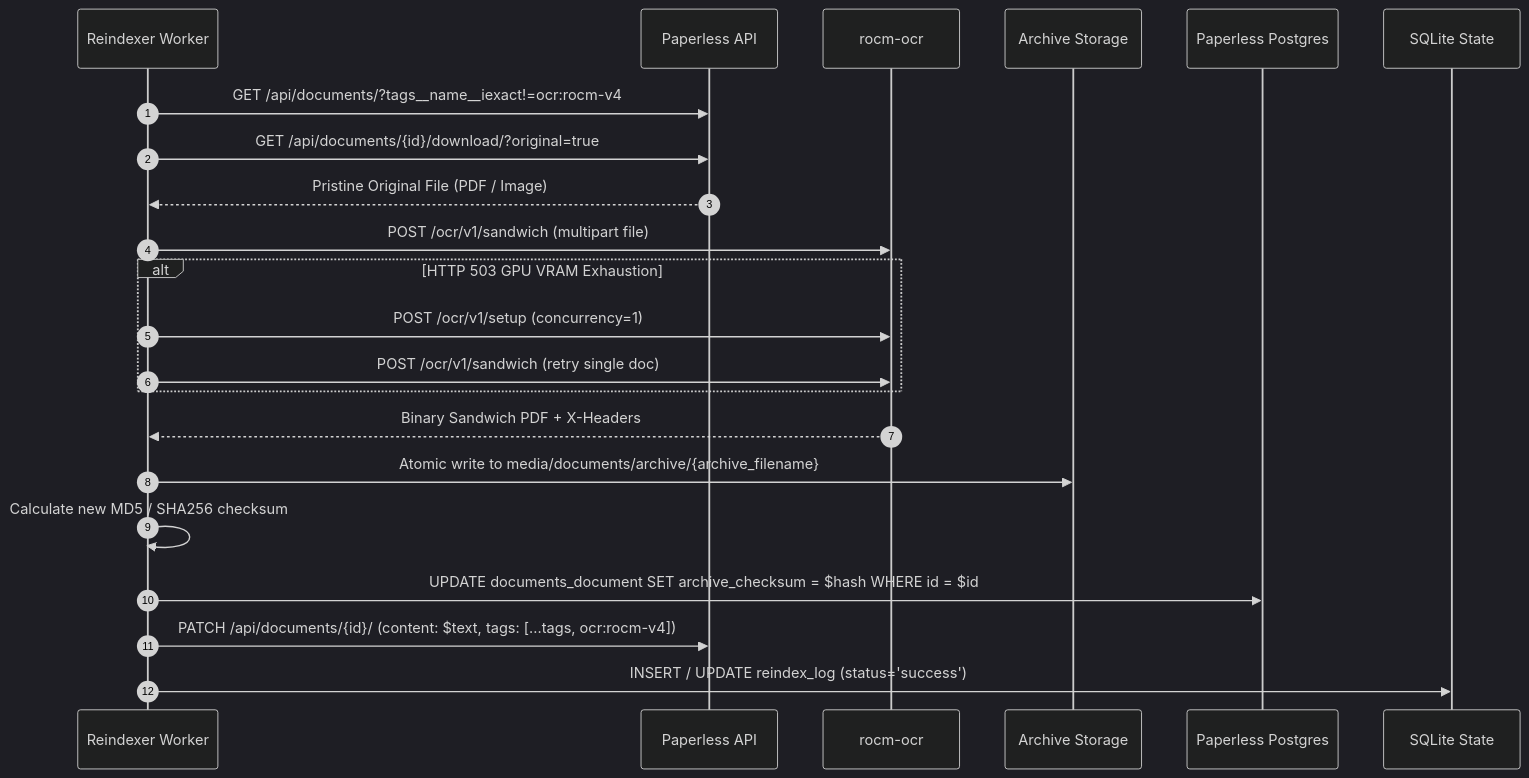
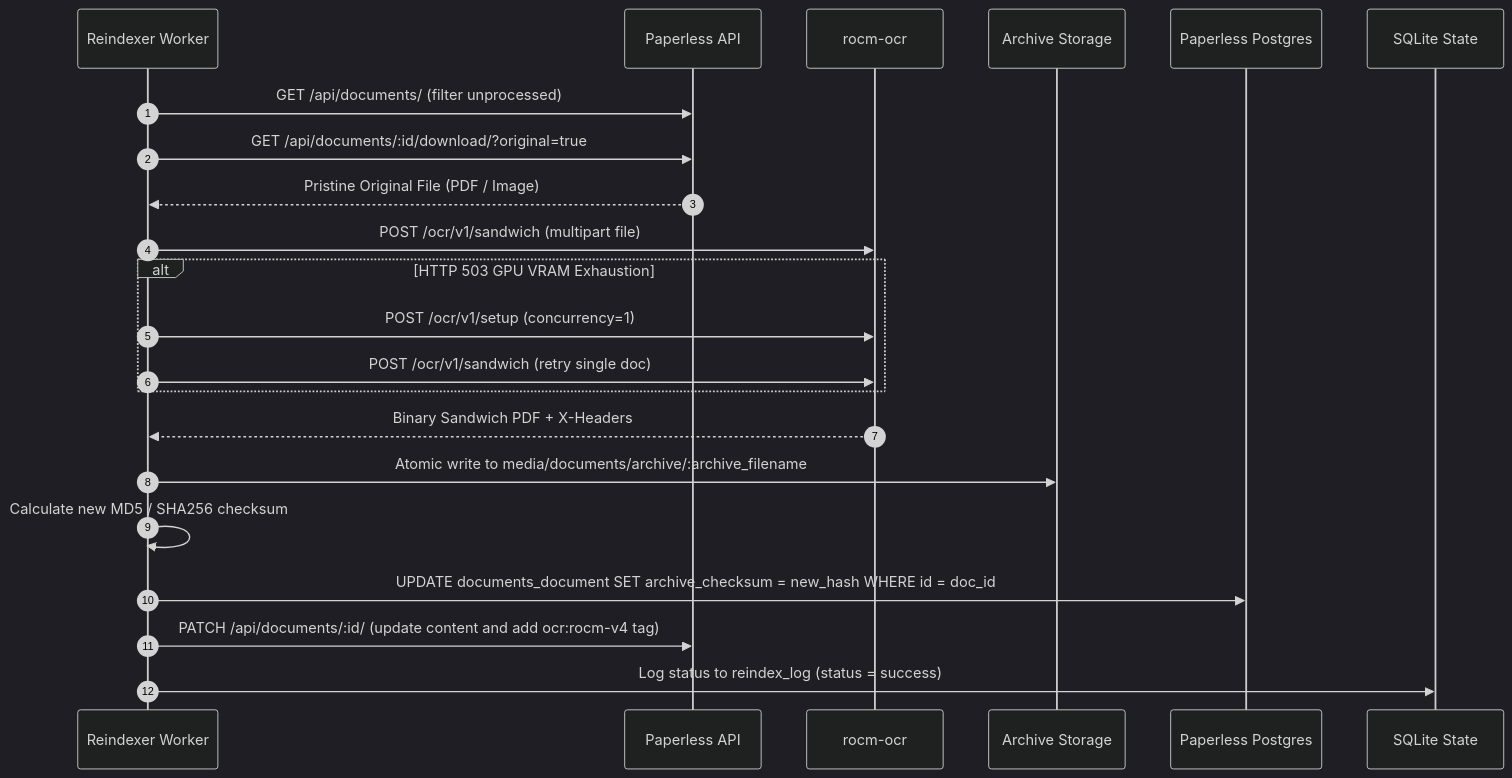
The second of 2 diagrams in README.md (gganssauge/paperless-rocm-reindexer), drawn with Mermaid (dark theme) before and after one commit. The commit also changed other lines of this file and 1 other file, not shown here.

````diff
--- a/README.md
+++ b/README.md
@@ -107,27 +111,27 @@
 ```mermaid
 sequenceDiagram
     autonumber
     participant R as Reindexer Worker
     participant P_API as Paperless API
     participant ROCM as rocm-ocr
     participant FS as Archive Storage
     participant DB as Paperless Postgres
     participant S as SQLite State
 
-    R->>P_API: GET /api/documents/?tags__name__iexact!=ocr:rocm-v4
-    R->>P_API: GET /api/documents/{id}/download/?original=true
+    R->>P_API: GET /api/documents/ (filter unprocessed)
+    R->>P_API: GET /api/documents/:id/download/?original=true
     P_API-->>R: Pristine Original File (PDF / Image)
 
     R->>ROCM: POST /ocr/v1/sandwich (multipart file)
     alt HTTP 503 GPU VRAM Exhaustion
         R->>ROCM: POST /ocr/v1/setup (concurrency=1)
         R->>ROCM: POST /ocr/v1/sandwich (retry single doc)
     end
     ROCM-->>R: Binary Sandwich PDF + X-Headers
 
-    R->>FS: Atomic write to media/documents/archive/{archive_filename}
+    R->>FS: Atomic write to media/documents/archive/:archive_filename
     R->>R: Calculate new MD5 / SHA256 checksum
-    R->>DB: UPDATE documents_document SET archive_checksum = $hash WHERE id = $id
-    R->>P_API: PATCH /api/documents/{id}/ (content: $text, tags: [...tags, ocr:rocm-v4])
-    R->>S: INSERT / UPDATE reindex_log (status='success')
+    R->>DB: UPDATE documents_document SET archive_checksum = new_hash WHERE id = doc_id
+    R->>P_API: PATCH /api/documents/:id/ (update content and add ocr:rocm-v4 tag)
+    R->>S: Log status to reindex_log (status = success)
 ```
````
